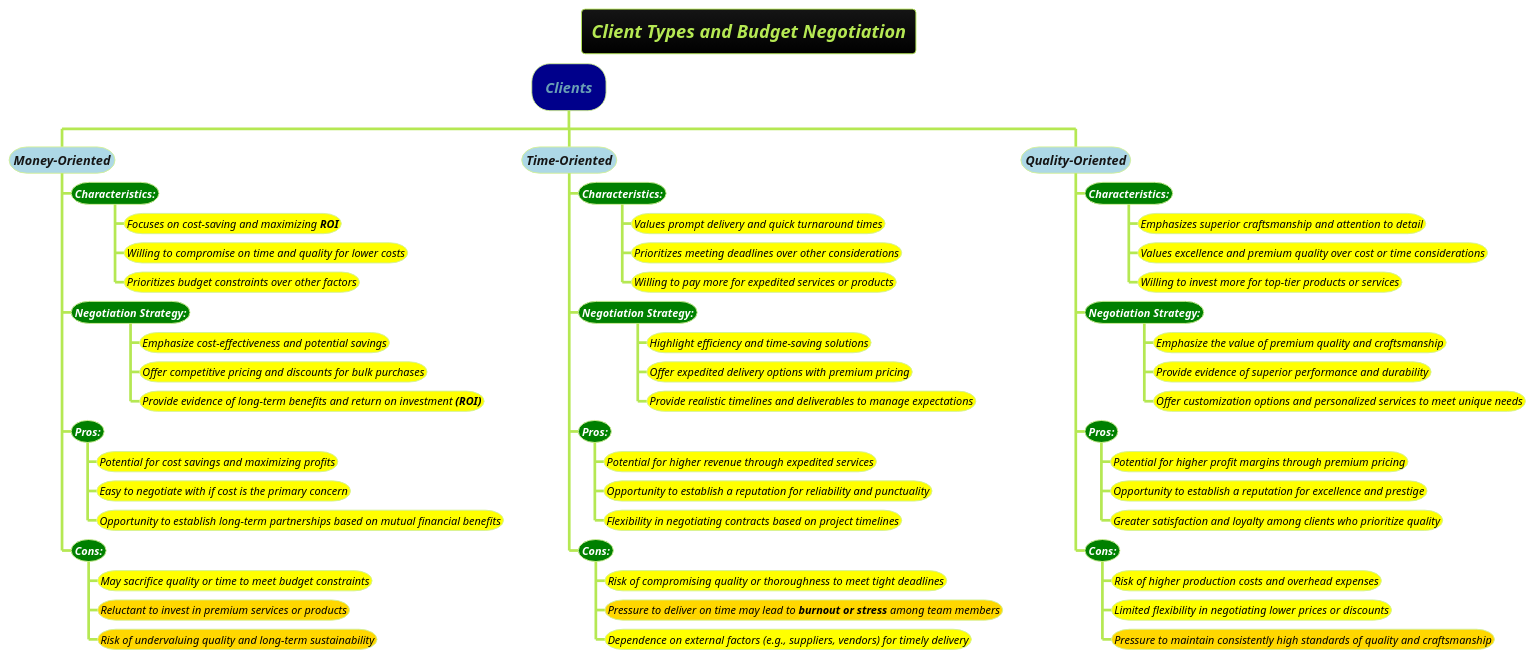
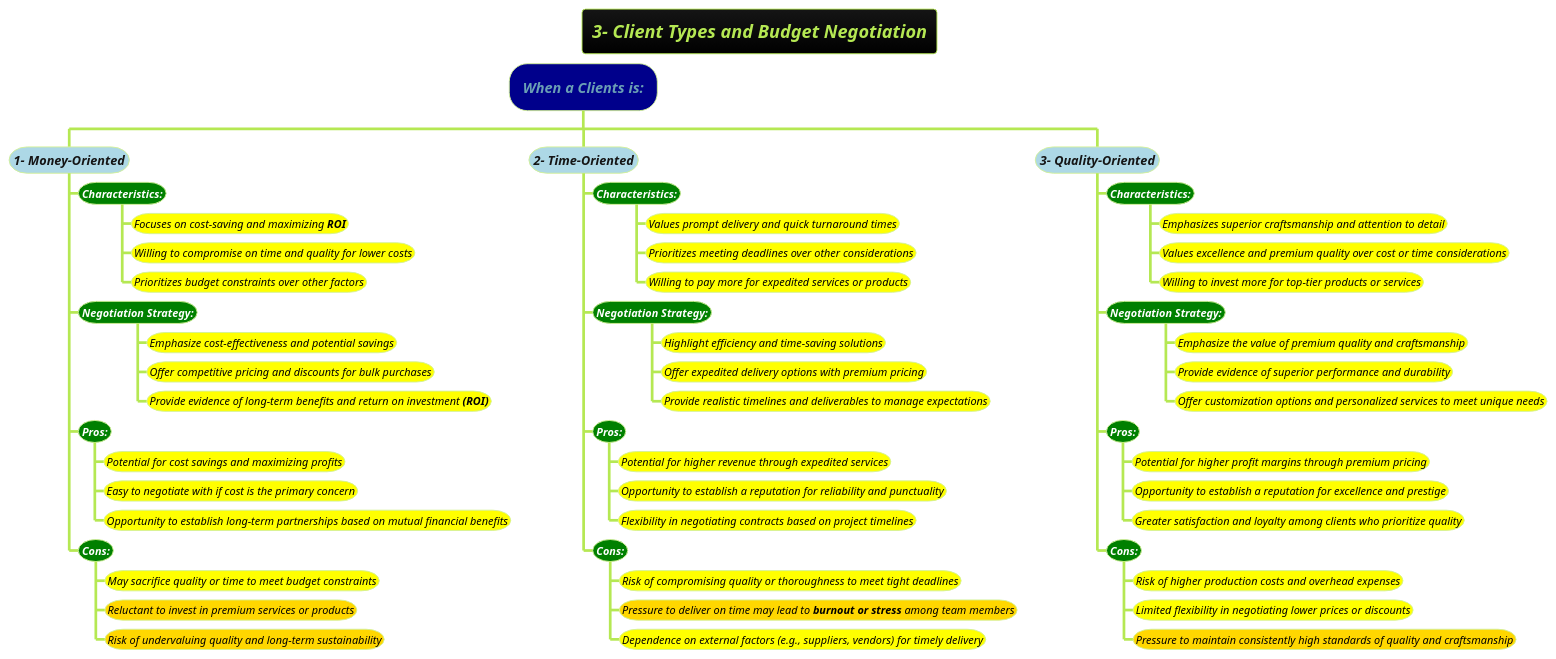
Before and after one commit to MehmoodHashmi/Documentation-as-Code-DaC: the diagram in docs/1-business-analyst/client-management/Client-Types-and-Budget-Negotiation.puml, drawn with PlantUML. The commit also changed 2 other files, not shown here.

```diff
--- a/docs/1-business-analyst/client-management/Client-Types-and-Budget-Negotiation.puml
+++ b/docs/1-business-analyst/client-management/Client-Types-and-Budget-Negotiation.puml
@@ -1,62 +1,62 @@
 @startwbs
-title <i>Client Types and Budget Negotiation
+title <i>3- Client Types and Budget Negotiation
 
 skinparam nodeMargin 10
 !theme hacker
 
-*[#darkblue] <i>Clients
-**[#lightblue] <i>Money-Oriented
+*[#darkblue] <i>When a Clients is:
+**[#lightblue] <i>1- Money-Oriented
 ***[#green] <color #white><b><i>Characteristics:
 ****[#yellow] <size:12><color #black><i>Focuses on cost-saving and maximizing <b>ROI
 ****[#yellow] <size:12><color #black><i>Willing to compromise on time and quality for lower costs
 ****[#yellow] <size:12><color #black><i>Prioritizes budget constraints over other factors
 ***[#green] <color #white><b><i>Negotiation Strategy:
 ****[#yellow] <size:12><color #black><i>Emphasize cost-effectiveness and potential savings
 ****[#yellow] <size:12><color #black><i>Offer competitive pricing and discounts for bulk purchases
 ****[#yellow] <size:12><color #black><i>Provide evidence of long-term benefits and return on investment <b>(ROI)
 ***[#green] <color #white><b><i>Pros:
 ****[#yellow] <size:12><color #black><i>Potential for cost savings and maximizing profits
 ****[#yellow] <size:12><color #black><i>Easy to negotiate with if cost is the primary concern
 ****[#yellow] <size:12><color #black><i>Opportunity to establish long-term partnerships based on mutual financial benefits
 ***[#green] <color #white><b><i>Cons:
 ****[#yellow] <size:12><color #black><i>May sacrifice quality or time to meet budget constraints
 ****[#gold] <size:12><color #black><i>Reluctant to invest in premium services or products
 ****[#gold] <size:12><color #black><i>Risk of undervaluing quality and long-term sustainability
 
-**[#lightblue] <i>Time-Oriented
+**[#lightblue] <i>2- Time-Oriented
 ***[#green] <color #white><b><i>Characteristics:
 ****[#yellow] <size:12><color #black><i>Values prompt delivery and quick turnaround times
 ****[#yellow] <size:12><color #black><i>Prioritizes meeting deadlines over other considerations
 ****[#yellow] <size:12><color #black><i>Willing to pay more for expedited services or products
 ***[#green] <color #white><b><i>Negotiation Strategy:
 ****[#yellow] <size:12><color #black><i>Highlight efficiency and time-saving solutions
 ****[#yellow] <size:12><color #black><i>Offer expedited delivery options with premium pricing
 ****[#yellow] <size:12><color #black><i>Provide realistic timelines and deliverables to manage expectations
 ***[#green] <color #white><b><i>Pros:
 ****[#yellow] <size:12><color #black><i>Potential for higher revenue through expedited services
 ****[#yellow] <size:12><color #black><i>Opportunity to establish a reputation for reliability and punctuality
 ****[#yellow] <size:12><color #black><i>Flexibility in negotiating contracts based on project timelines
 ***[#green] <color #white><b><i>Cons:
 ****[#yellow] <size:12><color #black><i>Risk of compromising quality or thoroughness to meet tight deadlines
 ****[#gold] <size:12><color #black><i>Pressure to deliver on time may lead to **burnout or stress** among team members
 ****[#yellow] <size:12><color #black><i>Dependence on external factors (e.g., suppliers, vendors) for timely delivery
 
-**[#lightblue] <i>Quality-Oriented
+**[#lightblue] <i>3- Quality-Oriented
 ***[#green] <color #white><b><i>Characteristics:
 ****[#yellow] <size:12><color #black><i>Emphasizes superior craftsmanship and attention to detail
 ****[#yellow] <size:12><color #black><i>Values excellence and premium quality over cost or time considerations
 ****[#yellow] <size:12><color #black><i>Willing to invest more for top-tier products or services
 ***[#green] <color #white><b><i>Negotiation Strategy:
 ****[#yellow] <size:12><color #black><i>Emphasize the value of premium quality and craftsmanship
 ****[#yellow] <size:12><color #black><i>Provide evidence of superior performance and durability
 ****[#yellow] <size:12><color #black><i>Offer customization options and personalized services to meet unique needs
 ***[#green] <color #white><b><i>Pros:
 ****[#yellow] <size:12><color #black><i>Potential for higher profit margins through premium pricing
 ****[#yellow] <size:12><color #black><i>Opportunity to establish a reputation for excellence and prestige
 ****[#yellow] <size:12><color #black><i>Greater satisfaction and loyalty among clients who prioritize quality
 ***[#green] <color #white><b><i>Cons:
 ****[#yellow] <size:12><color #black><i>Risk of higher production costs and overhead expenses
 ****[#yellow] <size:12><color #black><i>Limited flexibility in negotiating lower prices or discounts
 ****[#gold] <size:12><color #black><i>Pressure to maintain consistently high standards of quality and craftsmanship
 
 @endwbs
```
